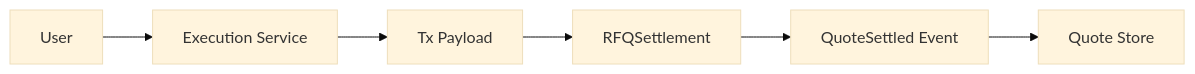
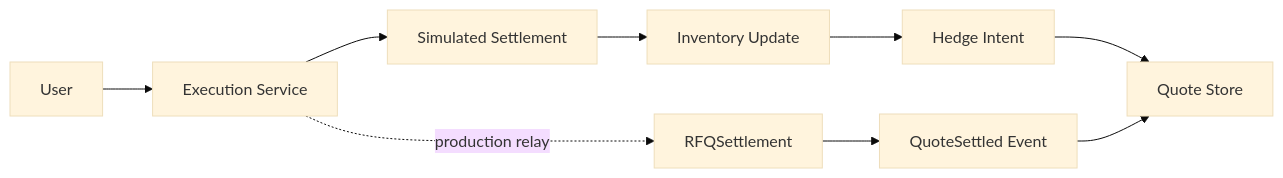
One commit to alvis-ai/production-grade-web3-rfq-market-maker changed the first of 3 diagrams in book/Volume5-BackendEngineering/Chapter06-Execution-Service.md. Above: the diagram before and after it, drawn with Mermaid (base theme). The commit also changed other lines of this file and 7 other files, not shown here.

Commit message:
feat: close backend submit inventory hedge loop

````diff
--- a/book/Volume5-BackendEngineering/Chapter06-Execution-Service.md
+++ b/book/Volume5-BackendEngineering/Chapter06-Execution-Service.md
@@ -49,15 +50,20 @@
 ```mermaid
 flowchart LR
   User[User]
   Submit[Execution Service]
-  Payload[Tx Payload]
+  Settlement[Simulated Settlement]
+  Inventory[Inventory Update]
+  Hedge[Hedge Intent]
   Chain[RFQSettlement]
   Event[QuoteSettled Event]
   Store[Quote Store]
 
   User --> Submit
-  Submit --> Payload
-  Payload --> Chain
+  Submit --> Settlement
+  Settlement --> Inventory
+  Inventory --> Hedge
+  Hedge --> Store
+  Submit -. production relay .-> Chain
   Chain --> Event
   Event --> Store
 ```
````
